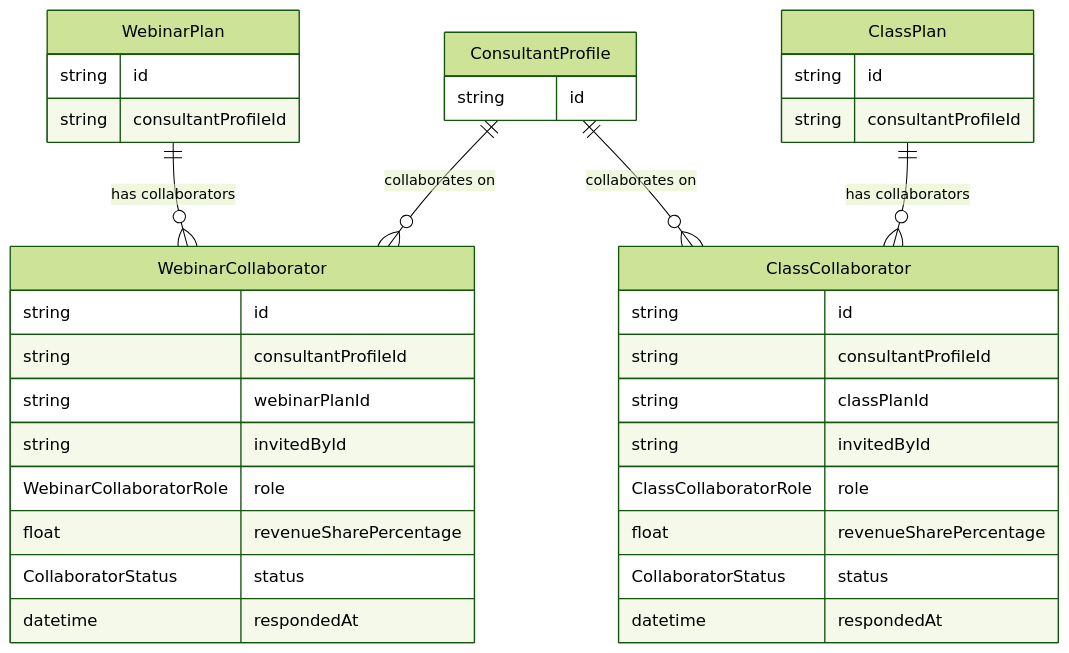
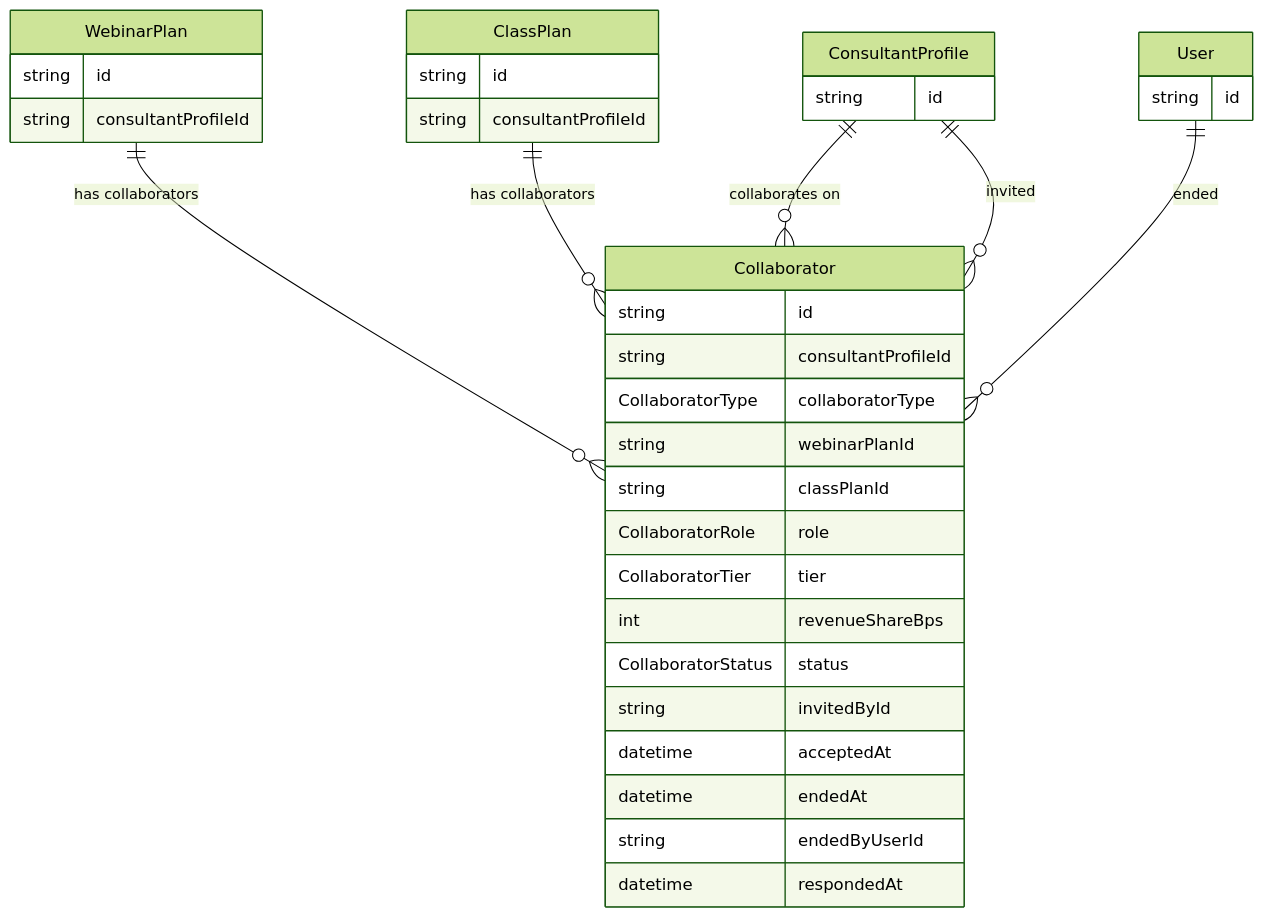
Before and after one commit to Practitionist/familiarise_web: diagram 14 of 24 in docs/prisma/00-schema-map.md, drawn with Mermaid (forest theme). The commit also changed other lines of this file, not shown here.

Commit message:
docs(prisma): the schema map draws the one Collaborator table and its six statuses

````diff
--- a/docs/prisma/00-schema-map.md
+++ b/docs/prisma/00-schema-map.md
@@ -968,39 +967,39 @@
 ```mermaid
 erDiagram
     ConsultantProfile {
+        string id
+    }
+    User {
         string id
     }
     WebinarPlan {
         string id
         string consultantProfileId
     }
-    WebinarCollaborator {
-        string id
-        string consultantProfileId
-        string webinarPlanId
-        string invitedById
-        WebinarCollaboratorRole role
-        float revenueSharePercentage
-        CollaboratorStatus status
-        datetime respondedAt
-    }
     ClassPlan {
         string id
         string consultantProfileId
     }
-    ClassCollaborator {
+    Collaborator {
         string id
         string consultantProfileId
+        CollaboratorType collaboratorType
+        string webinarPlanId
         string classPlanId
+        CollaboratorRole role
+        CollaboratorTier tier
+        int revenueShareBps
+        CollaboratorStatus status
         string invitedById
-        ClassCollaboratorRole role
-        float revenueSharePercentage
-        CollaboratorStatus status
+        datetime acceptedAt
+        datetime endedAt
+        string endedByUserId
         datetime respondedAt
     }
 
-    WebinarPlan ||--o{ WebinarCollaborator : "has collaborators"
-    ConsultantProfile ||--o{ WebinarCollaborator : "collaborates on"
-    ClassPlan ||--o{ ClassCollaborator : "has collaborators"
-    ConsultantProfile ||--o{ ClassCollaborator : "collaborates on"
+    WebinarPlan ||--o{ Collaborator : "has collaborators"
+    ClassPlan ||--o{ Collaborator : "has collaborators"
+    ConsultantProfile ||--o{ Collaborator : "collaborates on"
+    ConsultantProfile ||--o{ Collaborator : "invited"
+    User ||--o{ Collaborator : "ended"
 ```
````
